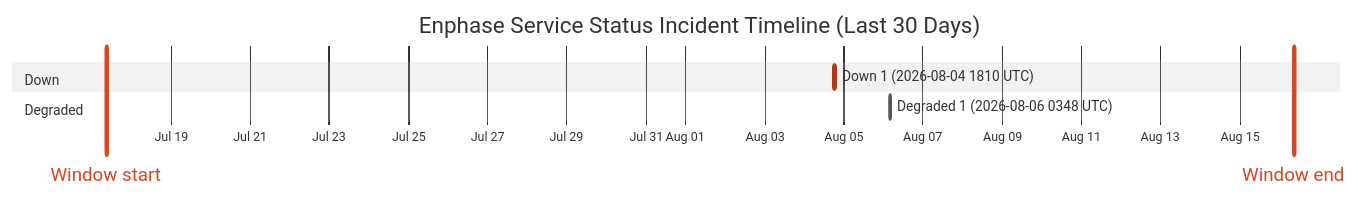
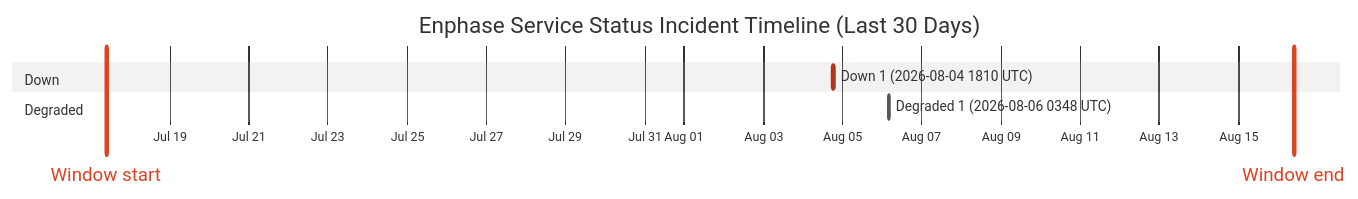
One commit to barneyonline/ha-enphase-energy changed the diagram in wiki/Service-Status-History.md. Above: the diagram before and after it, drawn with Mermaid (neutral theme). The commit also changed other lines of this file and 3 other files, not shown here.

````diff
--- a/wiki/Service-Status-History.md
+++ b/wiki/Service-Status-History.md
@@ -14,12 +14,12 @@
 ```mermaid
 gantt
     title Enphase Service Status Incident Timeline (Last 30 Days)
     dateFormat  YYYY-MM-DDTHH:mm:ss
     axisFormat  %b %d
-    Window start :vert, window-start, 2026-07-17T08:56:40, 0ms
-    Window end :vert, window-end, 2026-08-16T08:56:40, 0ms
+    Window start :vert, window-start, 2026-07-17T09:28:56, 0ms
+    Window end :vert, window-end, 2026-08-16T09:28:56, 0ms
     section Down
     Down 1 (2026-08-04 1810 UTC) :crit, down-1, 2026-08-04T18:10:46, 60m
     section Degraded
     Degraded 1 (2026-08-06 0348 UTC) :active, degraded-1, 2026-08-06T03:48:14, 60m
 ```
````
